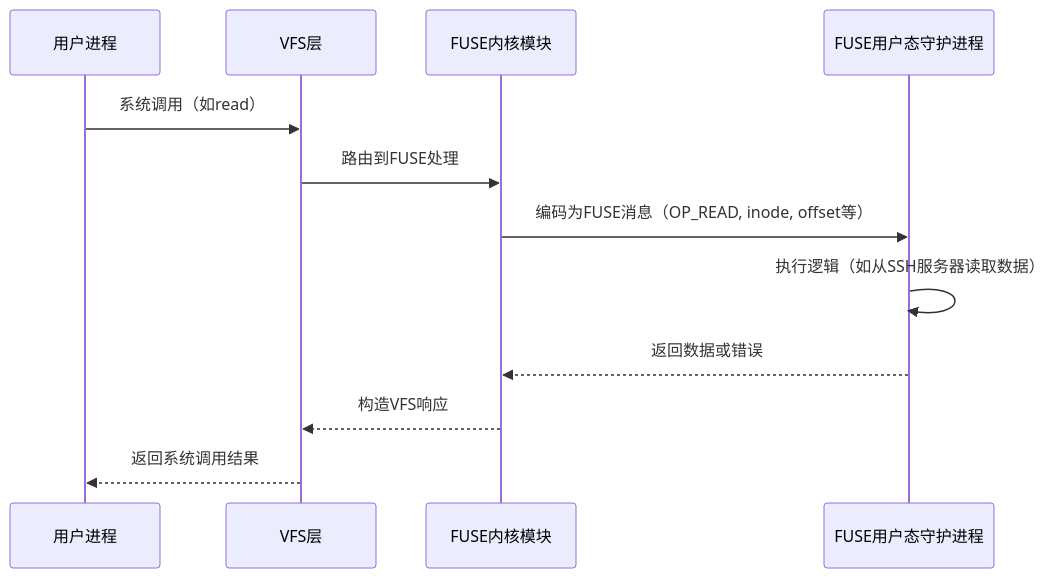
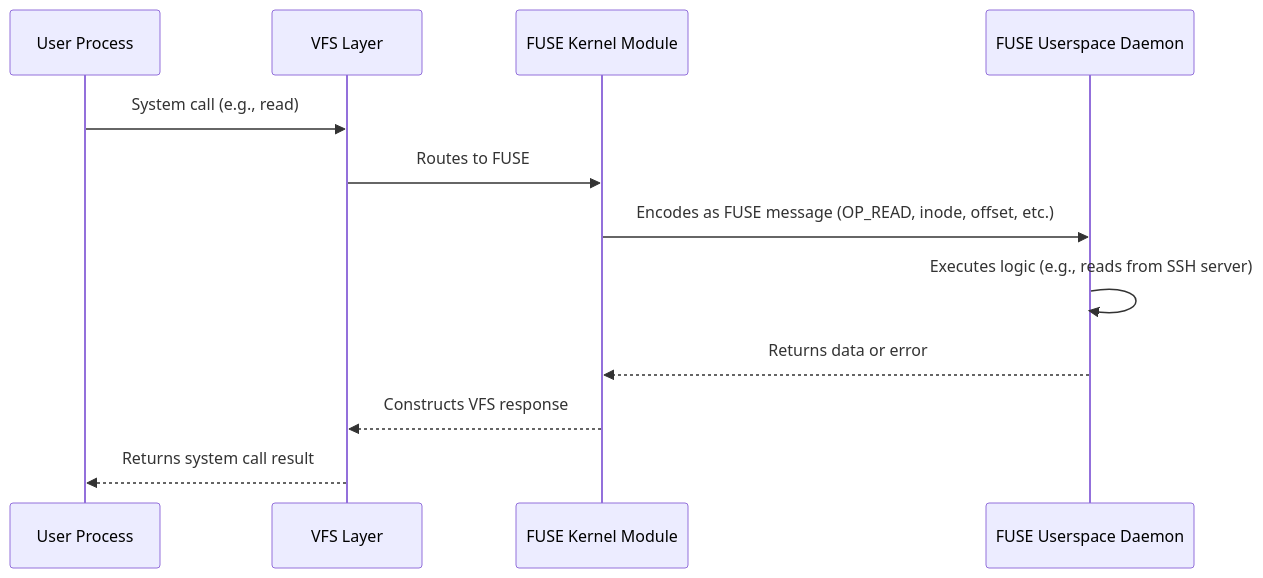
Before and after one commit to rk8s-dev/rk8s: the second of 5 diagrams in project/libfuse-fs/docs/tech.md, drawn with Mermaid. The commit also changed other lines of this file and 1 other file, not shown here.

````diff
--- a/project/libfuse-fs/docs/tech.md
+++ b/project/libfuse-fs/docs/tech.md
@@ -176,15 +176,15 @@
-```mermaid
-sequenceDiagram
-    participant User as 用户进程
-    participant VFS as VFS层
-    participant FUSE_Kernel as FUSE内核模块
-    participant FUSE_Daemon as FUSE用户态守护进程
+```mermaid  
+sequenceDiagram  
+    participant User as User Process  
+    participant VFS as VFS Layer  
+    participant FUSE_Kernel as FUSE Kernel Module  
+    participant FUSE_Daemon as FUSE Userspace Daemon  
 
-    User->>VFS: 系统调用（如read）
-    VFS->>FUSE_Kernel: 路由到FUSE处理
-    FUSE_Kernel->>FUSE_Daemon: 编码为FUSE消息（OP_READ, inode, offset等）
-    FUSE_Daemon->>FUSE_Daemon: 执行逻辑（如从SSH服务器读取数据）
-    FUSE_Daemon-->>FUSE_Kernel: 返回数据或错误
-    FUSE_Kernel-->>VFS: 构造VFS响应
-    VFS-->>User: 返回系统调用结果
-```
+    User->>VFS: System call (e.g., read)  
+    VFS->>FUSE_Kernel: Routes to FUSE  
+    FUSE_Kernel->>FUSE_Daemon: Encodes as FUSE message (OP_READ, inode, offset, etc.)  
+    FUSE_Daemon->>FUSE_Daemon: Executes logic (e.g., reads from SSH server)  
+    FUSE_Daemon-->>FUSE_Kernel: Returns data or error  
+    FUSE_Kernel-->>VFS: Constructs VFS response  
+    VFS-->>User: Returns system call result  
+```  
````
